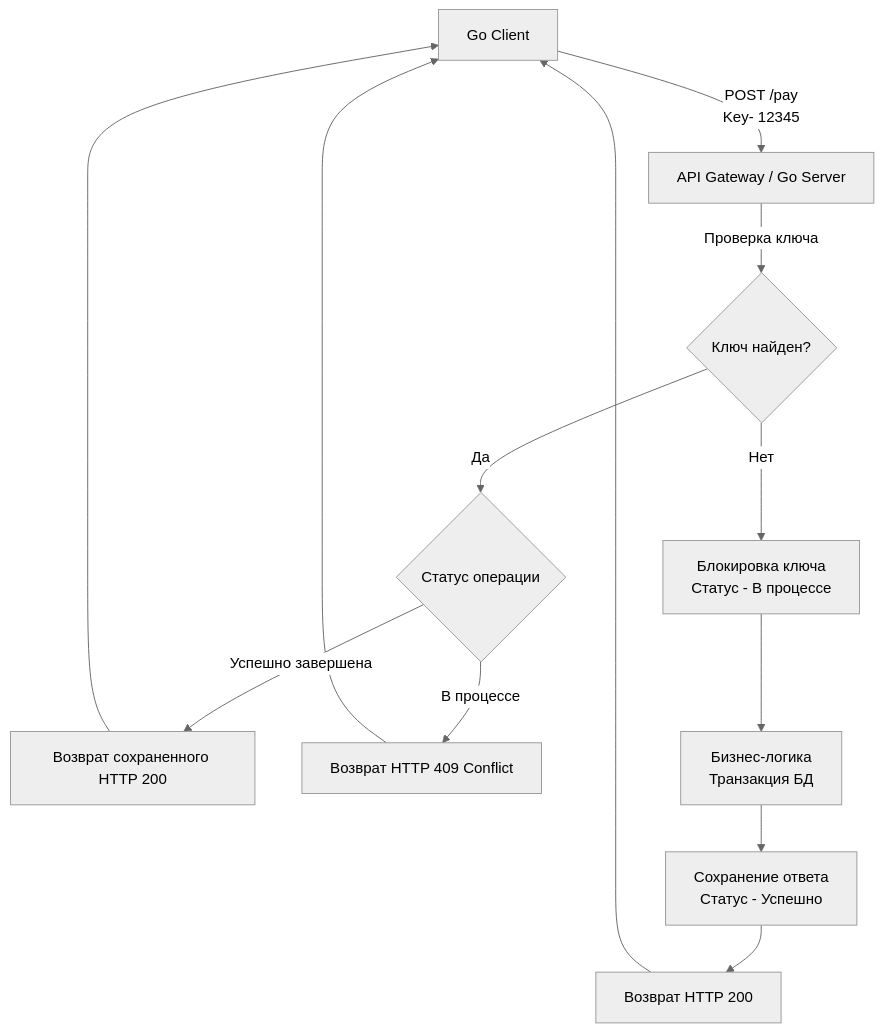
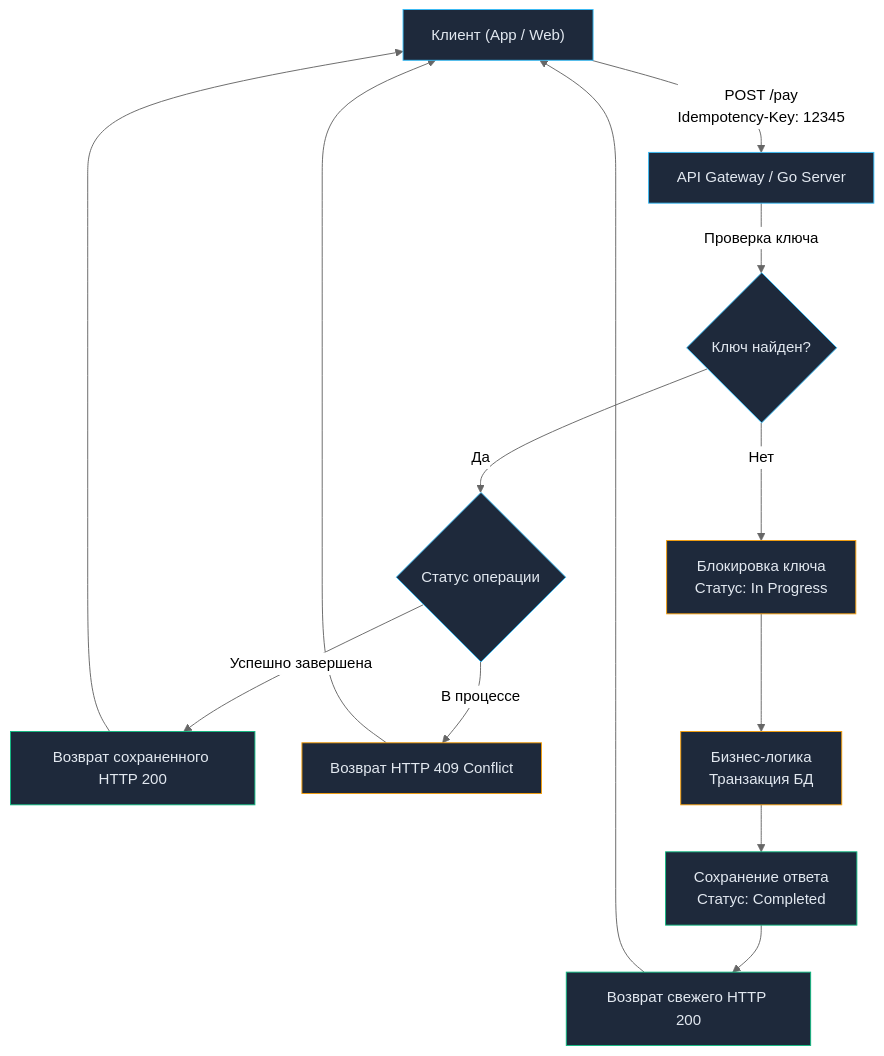
Before and after one commit to UnrealTemplier/go-textbook: the diagram in sources/10. Проектирование API и Сетевые протоколы/13. Idempotency ключи.md, drawn with Mermaid (neutral theme). The commit also changed other lines of this file, not shown here.

````diff
--- a/sources/10. Проектирование API и Сетевые протоколы/13. Idempotency ключи.md
+++ b/sources/10. Проектирование API и Сетевые протоколы/13. Idempotency ключи.md
@@ -27,17 +39,24 @@
 ```mermaid
 flowchart TD
-    Client["Go Client"] -->|"POST /pay<br>Key- 12345"| API["API Gateway / Go Server"]
+    Client["Клиент (App / Web)"] -->|"POST /pay<br>Idempotency-Key: 12345"| API["API Gateway / Go Server"]
     API -->|"Проверка ключа"| Cache{"Ключ найден?"}
     
-    Cache -->|Да| CheckStatus{"Статус операции"}
-    CheckStatus -->|Успешно завершена| ReturnCache["Возврат сохраненного HTTP 200"]
-    CheckStatus -->|В процессе| Return409["Возврат HTTP 409 Conflict"]
+    Cache -->|"Да"| CheckStatus{"Статус операции"}
+    CheckStatus -->|"Успешно завершена"| ReturnCache["Возврат сохраненного HTTP 200"]
+    CheckStatus -->|"В процессе"| Return409["Возврат HTTP 409 Conflict"]
     ReturnCache --> Client
     Return409 --> Client
     
-    Cache -->|Нет| Lock["Блокировка ключа<br>Статус - В процессе"]
+    Cache -->|"Нет"| Lock["Блокировка ключа<br>Статус: In Progress"]
     Lock --> Logic["Бизнес-логика<br>Транзакция БД"]
-    Logic --> Save["Сохранение ответа<br>Статус - Успешно"]
-    Save --> ReturnFresh["Возврат HTTP 200"]
+    Logic --> Save["Сохранение ответа<br>Статус: Completed"]
+    Save --> ReturnFresh["Возврат свежего HTTP 200"]
     ReturnFresh --> Client
+
+    classDef proc fill:#1e293b,stroke:#38bdf8,stroke-width:1px,color:#e2e8f0;
+    classDef fast fill:#1e293b,stroke:#10b981,stroke-width:1px,color:#e2e8f0;
+    classDef slow fill:#1e293b,stroke:#f59e0b,stroke-width:1px,color:#e2e8f0;
+    class Client,API,Cache,CheckStatus proc;
+    class ReturnCache,Save,ReturnFresh fast;
+    class Lock,Logic,Return409 slow;
 ```
````
